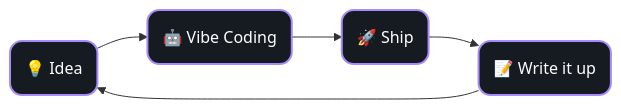
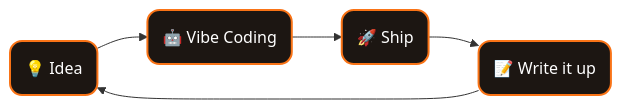
One commit to ibit/ibit changed the diagram in README.md. Above: the diagram before and after it, drawn with Mermaid. The commit also changed other lines of this file, not shown here.

````diff
--- a/README.md
+++ b/README.md
@@ -19,9 +19,9 @@
 ```mermaid
 flowchart LR
     A(💡 Idea) --> B(🤖 Vibe Coding)
     B --> C(🚀 Ship)
     C --> D(📝 Write it up)
     D --> A
-    classDef step fill:#161b22,stroke:#A78BFA,stroke-width:2px,color:#ffffff,rx:12,ry:12
+    classDef step fill:#1c1612,stroke:#F97316,stroke-width:2px,color:#ffffff,rx:12,ry:12
     class A,B,C,D step
 ```
````
